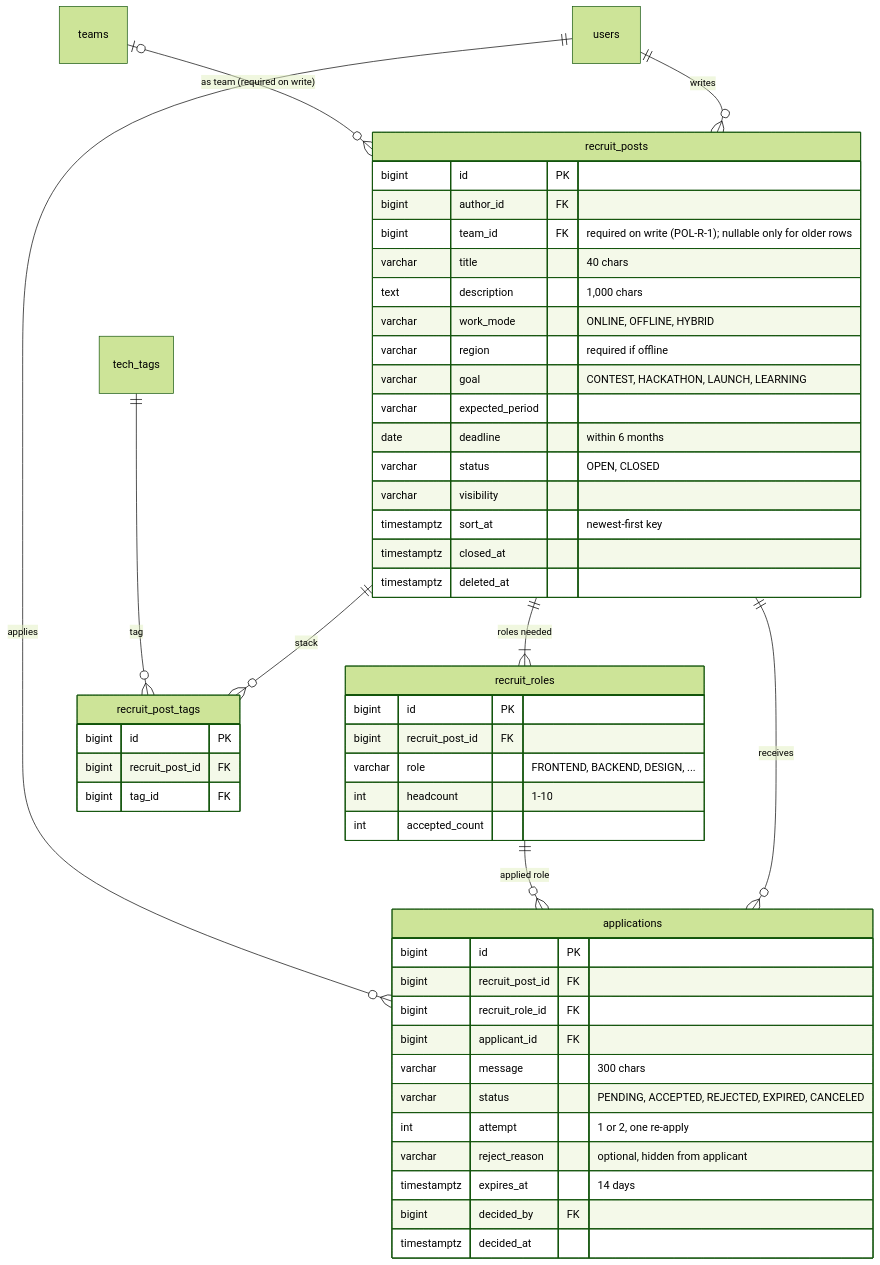
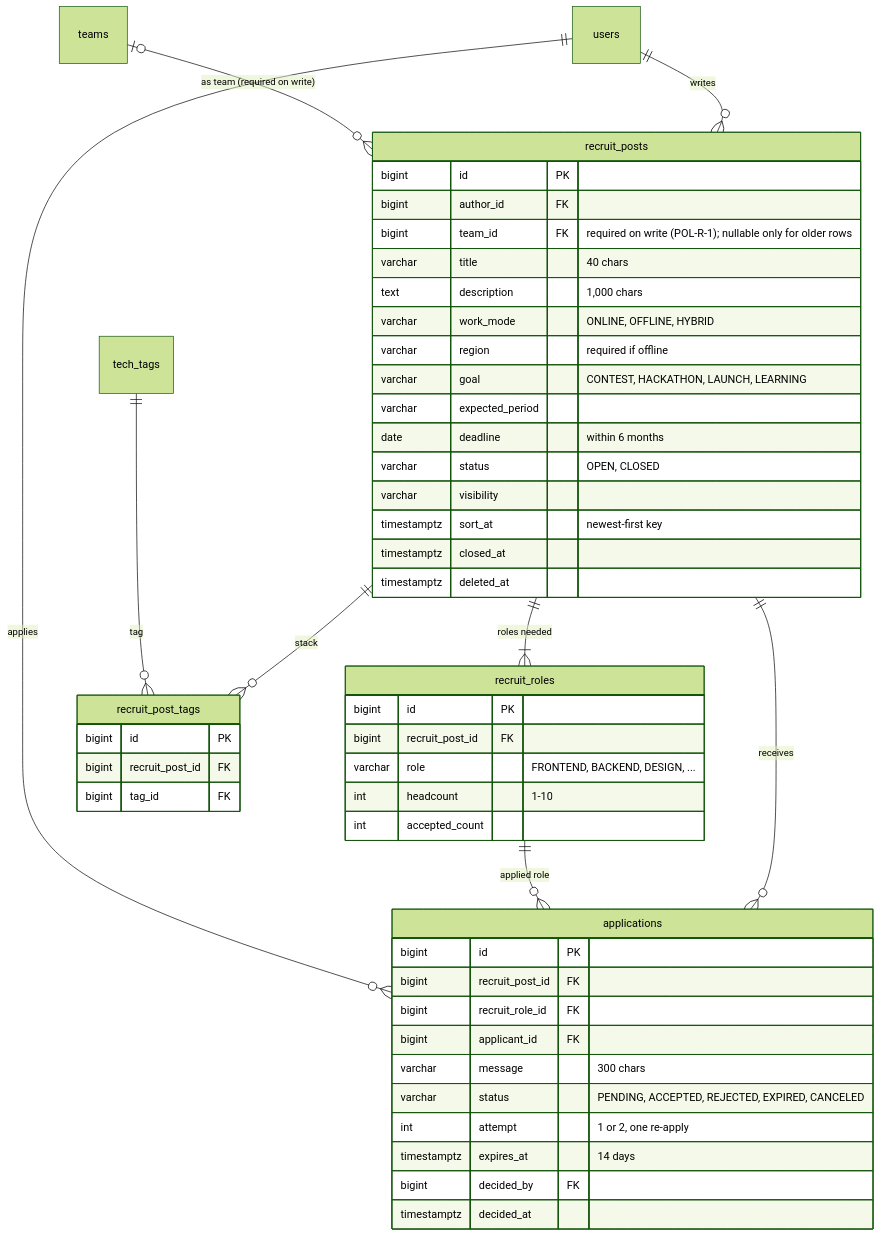
One commit to likelion-backendschool-9th/Linker changed the fourth of 11 diagrams in docs/development/01-erd.md. Above: the diagram before and after it, drawn with Mermaid (forest theme). The commit also changed other lines of this file and 33 other files, not shown here.

````diff
--- a/docs/development/01-erd.md
+++ b/docs/development/01-erd.md
@@ -358,54 +358,53 @@
 ```mermaid
 erDiagram
   users ||--o{ recruit_posts : "writes"
   teams |o--o{ recruit_posts : "as team (required on write)"
   recruit_posts ||--|{ recruit_roles : "roles needed"
   recruit_posts ||--o{ recruit_post_tags : "stack"
   tech_tags ||--o{ recruit_post_tags : "tag"
   recruit_posts ||--o{ applications : "receives"
   recruit_roles ||--o{ applications : "applied role"
   users ||--o{ applications : "applies"
 
   recruit_posts {
     bigint id PK
     bigint author_id FK
     bigint team_id FK "required on write (POL-R-1); nullable only for older rows"
     varchar title "40 chars"
     text description "1,000 chars"
     varchar work_mode "ONLINE, OFFLINE, HYBRID"
     varchar region "required if offline"
     varchar goal "CONTEST, HACKATHON, LAUNCH, LEARNING"
     varchar expected_period
     date deadline "within 6 months"
     varchar status "OPEN, CLOSED"
     varchar visibility
     timestamptz sort_at "newest-first key"
     timestamptz closed_at
     timestamptz deleted_at
   }
   recruit_roles {
     bigint id PK
     bigint recruit_post_id FK
     varchar role "FRONTEND, BACKEND, DESIGN, ..."
     int headcount "1-10"
     int accepted_count
   }
   recruit_post_tags {
     bigint id PK
     bigint recruit_post_id FK
     bigint tag_id FK
   }
   applications {
     bigint id PK
     bigint recruit_post_id FK
     bigint recruit_role_id FK
     bigint applicant_id FK
     varchar message "300 chars"
     varchar status "PENDING, ACCEPTED, REJECTED, EXPIRED, CANCELED"
     int attempt "1 or 2, one re-apply"
-    varchar reject_reason "optional, hidden from applicant"
     timestamptz expires_at "14 days"
     bigint decided_by FK
     timestamptz decided_at
   }
 ```
````
